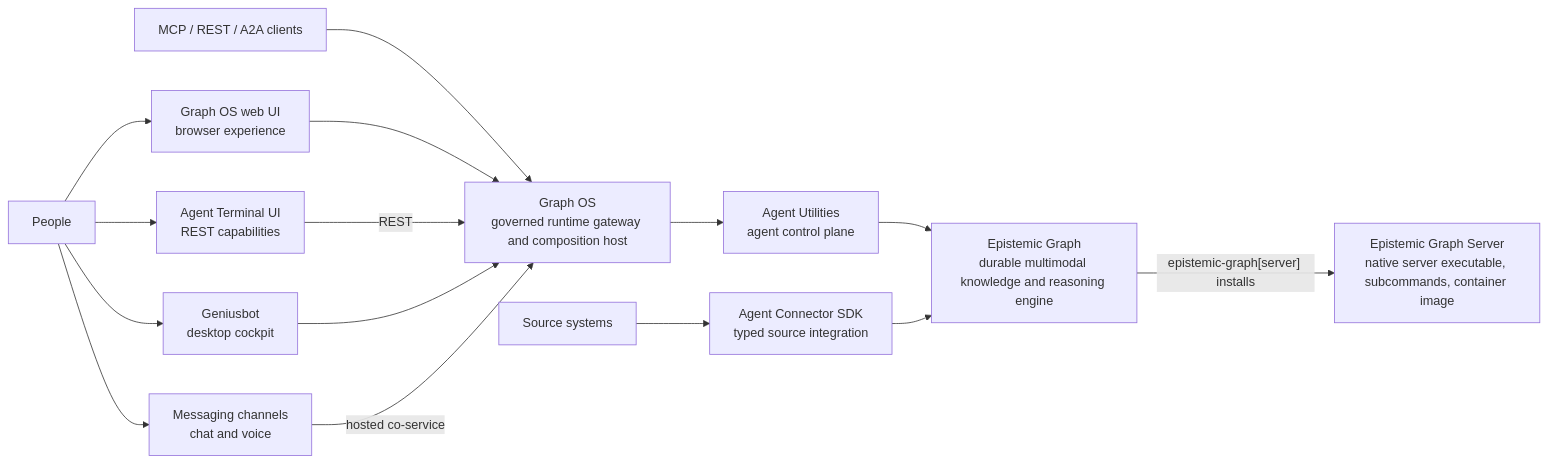
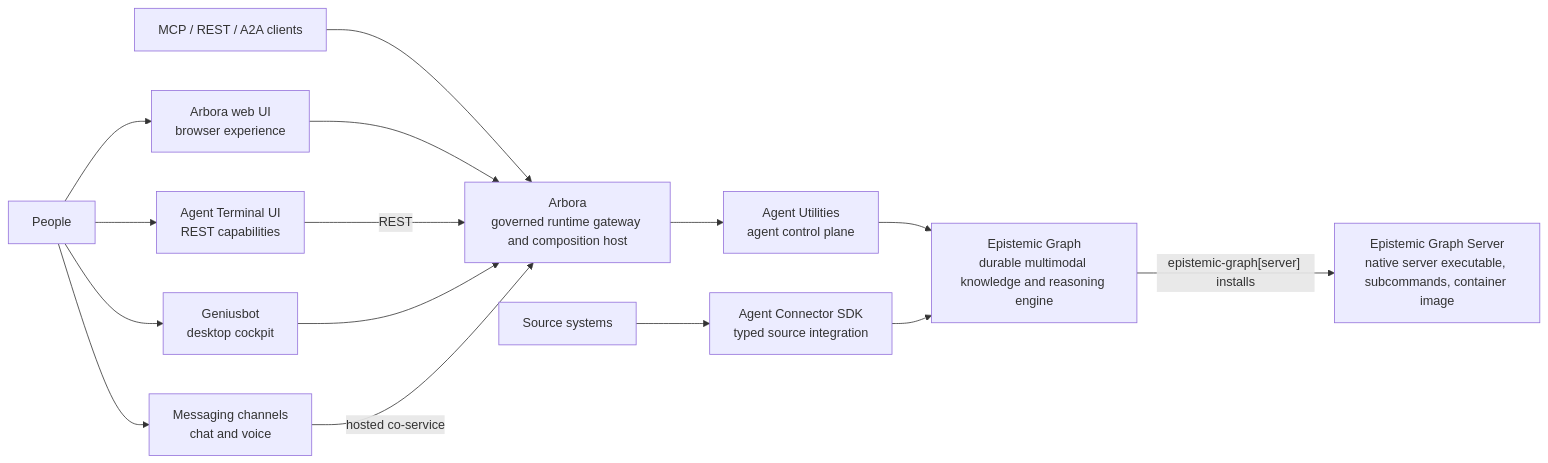
Before and after one commit to Knuckles-Team/epistemic-graph: the diagram in docs/assets/runtime-architecture.mmd, drawn with Mermaid. The commit also changed 24 other files, not shown here.

First line of the commit message:
docs: rename graph-os terminology to Arbora

```diff
--- a/docs/assets/runtime-architecture.mmd
+++ b/docs/assets/runtime-architecture.mmd
@@ -1,28 +1,28 @@
 flowchart LR
   People["People"]
-  WebUI["Graph OS web UI<br/>browser experience"]
+  WebUI["Arbora web UI<br/>browser experience"]
   TUI["Agent Terminal UI<br/>REST capabilities"]
   Genius["Geniusbot<br/>desktop cockpit"]
   Messaging["Messaging channels<br/>chat and voice"]
   Clients["MCP / REST / A2A clients"]
-  GraphOS["Graph OS<br/>governed runtime gateway and composition host"]
+  Arbora["Arbora<br/>governed runtime gateway and composition host"]
   AU["Agent Utilities<br/>agent control plane"]
   EG["Epistemic Graph<br/>durable multimodal knowledge and reasoning engine"]
   Server["Epistemic Graph Server<br/>native server executable, subcommands, container image"]
   Sources["Source systems"]
   SDK["Agent Connector SDK<br/>typed source integration"]
 
   People --> WebUI
   People --> TUI
   People --> Genius
   People --> Messaging
-  Clients --> GraphOS
-  WebUI --> GraphOS
-  TUI -->|REST| GraphOS
-  Genius --> GraphOS
-  Messaging -->|hosted co-service| GraphOS
-  GraphOS --> AU
+  Clients --> Arbora
+  WebUI --> Arbora
+  TUI -->|REST| Arbora
+  Genius --> Arbora
+  Messaging -->|hosted co-service| Arbora
+  Arbora --> AU
   AU --> EG
   EG -->|"epistemic-graph[server] installs"| Server
   Sources --> SDK
   SDK --> EG
```
